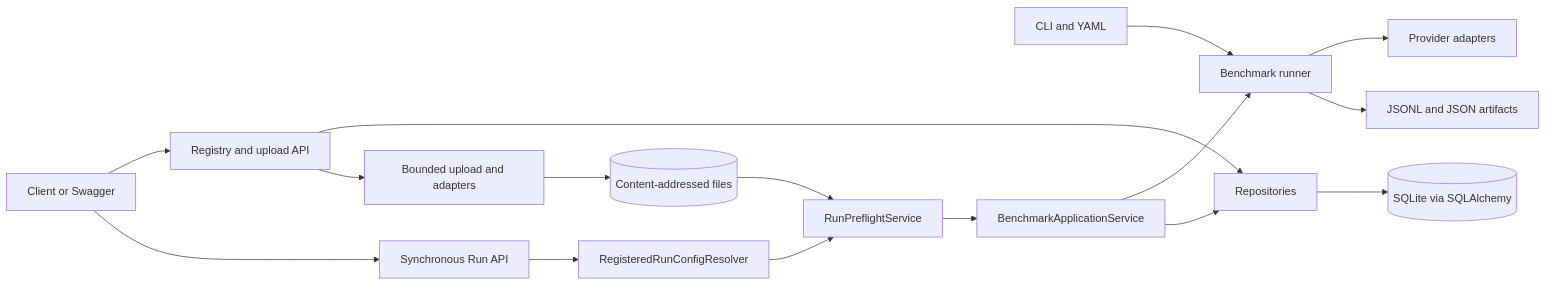
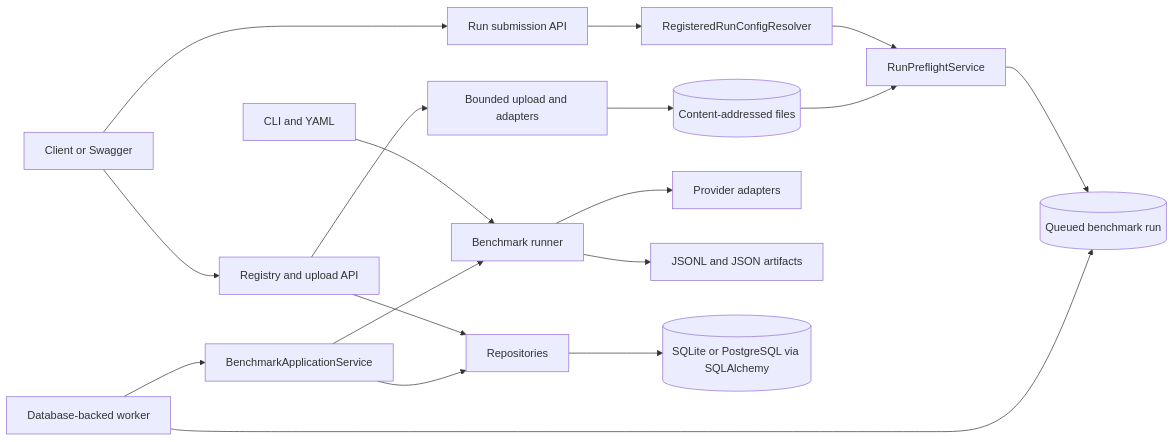
The diagram in README.md (ataozalpp/llm-benchmark), drawn with Mermaid before and after one commit. The commit also changed other lines of this file and 12 other files, not shown here.

````diff
--- a/README.md
+++ b/README.md
@@ -51,20 +52,22 @@
 ```mermaid
 flowchart LR
     CLI[CLI and YAML] --> Core[Benchmark runner]
     Client[Client or Swagger] --> RegistryAPI[Registry and upload API]
     Client --> RunAPI
     RegistryAPI --> Repositories[Repositories]
     RegistryAPI --> Upload[Bounded upload and adapters]
     Upload --> DatasetFiles[(Content-addressed files)]
-    RunAPI[Synchronous Run API] --> Resolver[RegisteredRunConfigResolver]
+    RunAPI[Run submission API] --> Resolver[RegisteredRunConfigResolver]
     Resolver --> Preflight[RunPreflightService]
     DatasetFiles --> Preflight
-    Preflight --> Service[BenchmarkApplicationService]
+    Preflight --> Queue[(Queued benchmark run)]
+    Worker[Database-backed worker] --> Queue
+    Worker --> Service[BenchmarkApplicationService]
     Service --> Core
 
     Core --> Providers[Provider adapters]
     Core --> Artifacts[JSONL and JSON artifacts]
 
     Service --> Repositories
-    Repositories --> DB[(SQLite via SQLAlchemy)]
+    Repositories --> DB[(SQLite or PostgreSQL via SQLAlchemy)]
 ```
````
